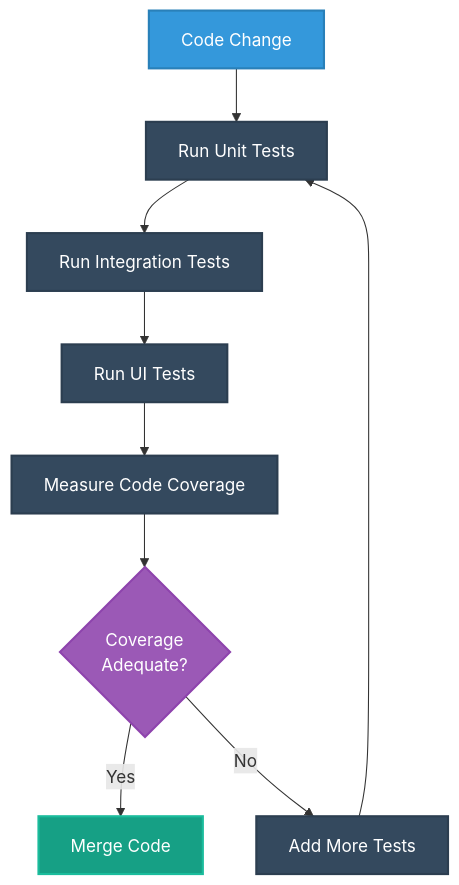
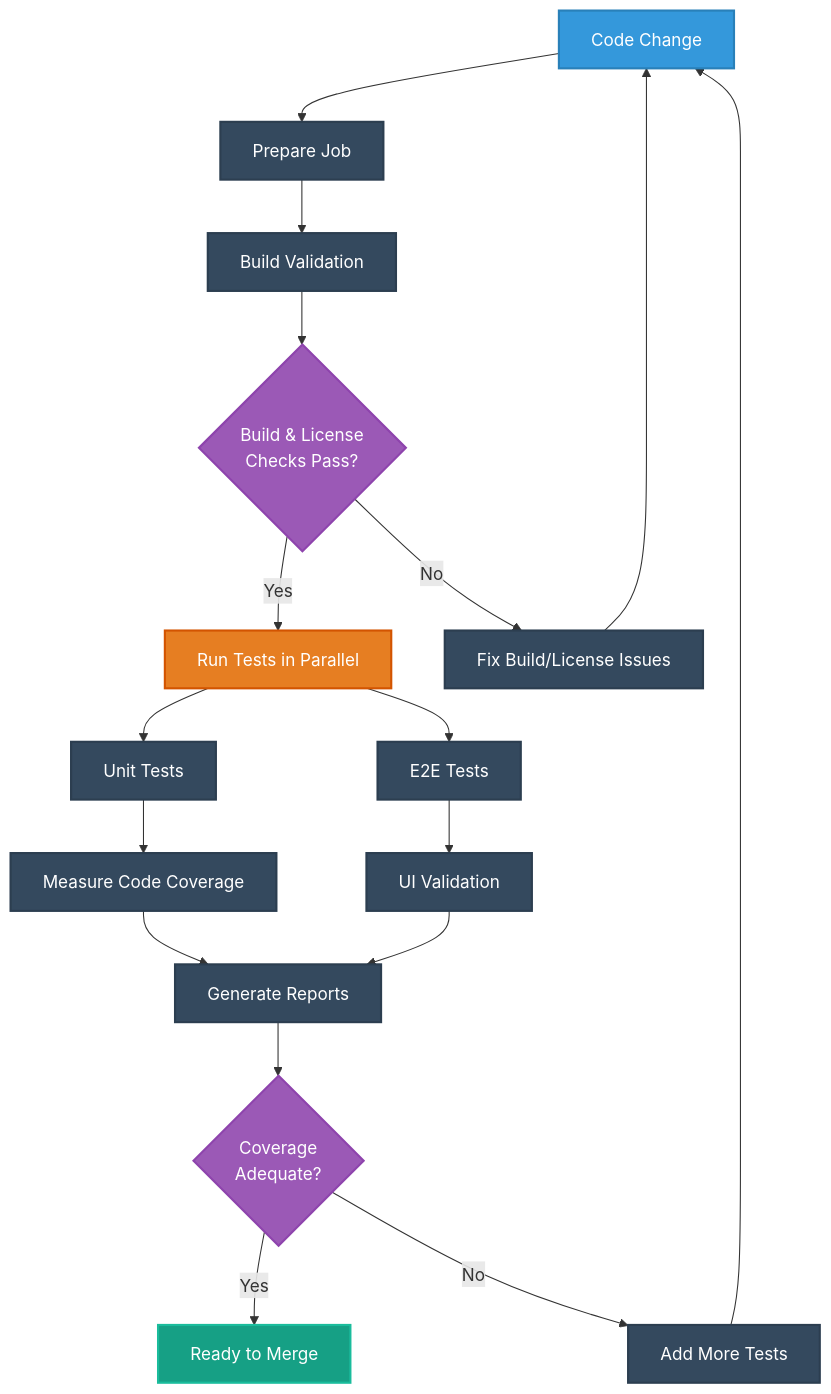
The second of 11 diagrams in docs/architecture/WORKFLOWS.md (Hack23/cia-compliance-manager), drawn with Mermaid before and after one commit. The commit also changed other lines of this file and 1 other file, not shown here.

````diff
--- a/docs/architecture/WORKFLOWS.md
+++ b/docs/architecture/WORKFLOWS.md
@@ -177,22 +254,36 @@
 ```mermaid
 flowchart TD
-    CodeChange[Code Change] --> UnitTests[Run Unit Tests]
-    UnitTests --> IntegrationTests[Run Integration Tests]
-    IntegrationTests --> UITests[Run UI Tests]
-    UITests --> CoverageMeasurement[Measure Code Coverage]
-    CoverageMeasurement --> Adequate{Coverage<br>Adequate?}
-    Adequate -->|Yes| MergeCode[Merge Code]
-    Adequate -->|No| AddTests[Add More Tests]
-    AddTests --> UnitTests
+    CodeChange[Code Change] --> PrepareJob[Prepare Job]
+    PrepareJob --> BuildValidation[Build Validation]
+    BuildValidation --> Adequate{Build & License<br>Checks Pass?}
+    Adequate -->|Yes| ParallelTests[Run Tests in Parallel]
+    Adequate -->|No| FixBuild[Fix Build/License Issues]
+    FixBuild --> CodeChange
+    
+    ParallelTests --> UnitTests[Unit Tests]
+    ParallelTests --> E2ETests[E2E Tests]
+    
+    UnitTests --> CoverageMeasurement[Measure Code Coverage]
+    E2ETests --> UIValidation[UI Validation]
+    
+    CoverageMeasurement --> Report[Generate Reports]
+    UIValidation --> Report
+    
+    Report --> CoverageCheck{Coverage<br>Adequate?}
+    CoverageCheck -->|Yes| MergeCode[Ready to Merge]
+    CoverageCheck -->|No| AddTests[Add More Tests]
+    AddTests --> CodeChange
     
     %% Apply styles using class definitions
     classDef start fill:#3498db,stroke:#2980b9,stroke-width:2px,color:white
     classDef process fill:#34495e,stroke:#2c3e50,stroke-width:2px,color:white
     classDef decision fill:#9b59b6,stroke:#8e44ad,stroke-width:2px,color:white
     classDef endProcess fill:#16a085,stroke:#1abc9c,stroke-width:2px,color:white
+    classDef parallel fill:#e67e22,stroke:#d35400,stroke-width:2px,color:white
     
     class CodeChange start
-    class UnitTests,IntegrationTests,UITests,CoverageMeasurement,AddTests process
-    class Adequate decision
+    class PrepareJob,BuildValidation,UnitTests,E2ETests,CoverageMeasurement,UIValidation,Report,AddTests,FixBuild process
+    class Adequate,CoverageCheck decision
     class MergeCode endProcess
+    class ParallelTests parallel
 ```
````
